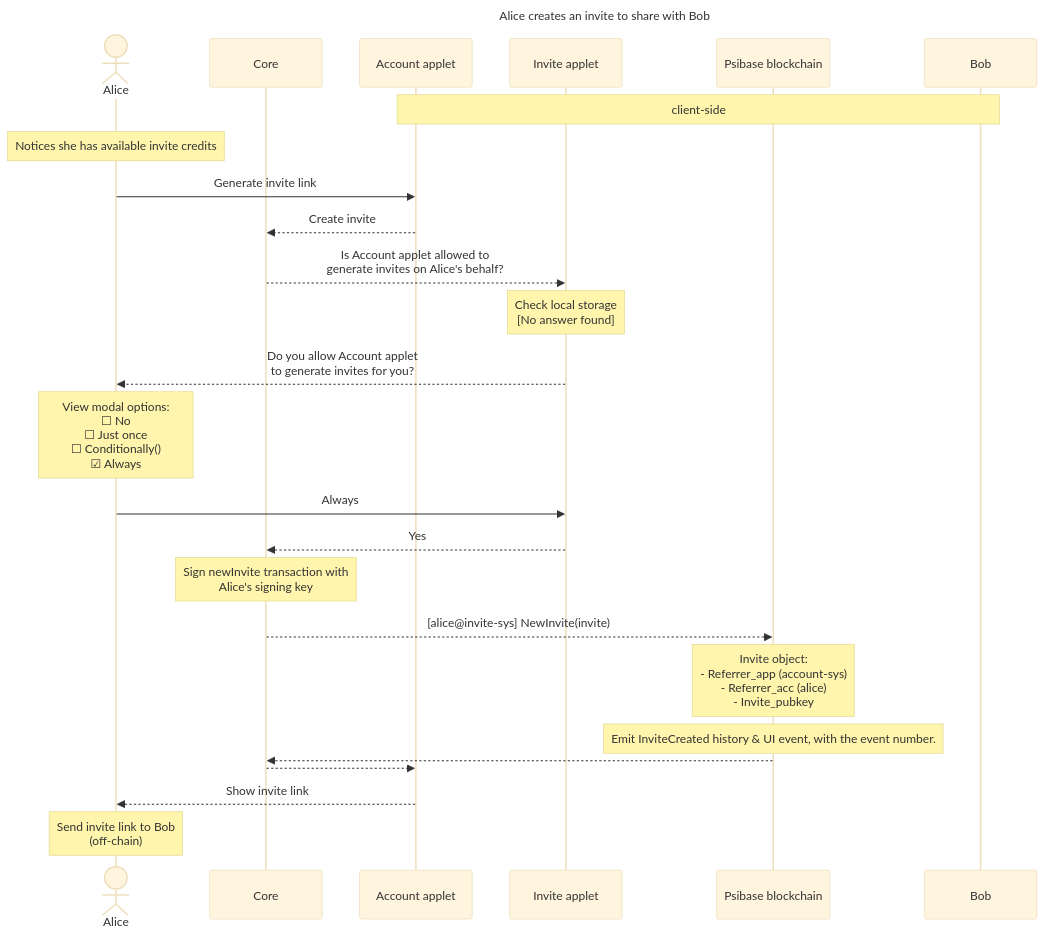
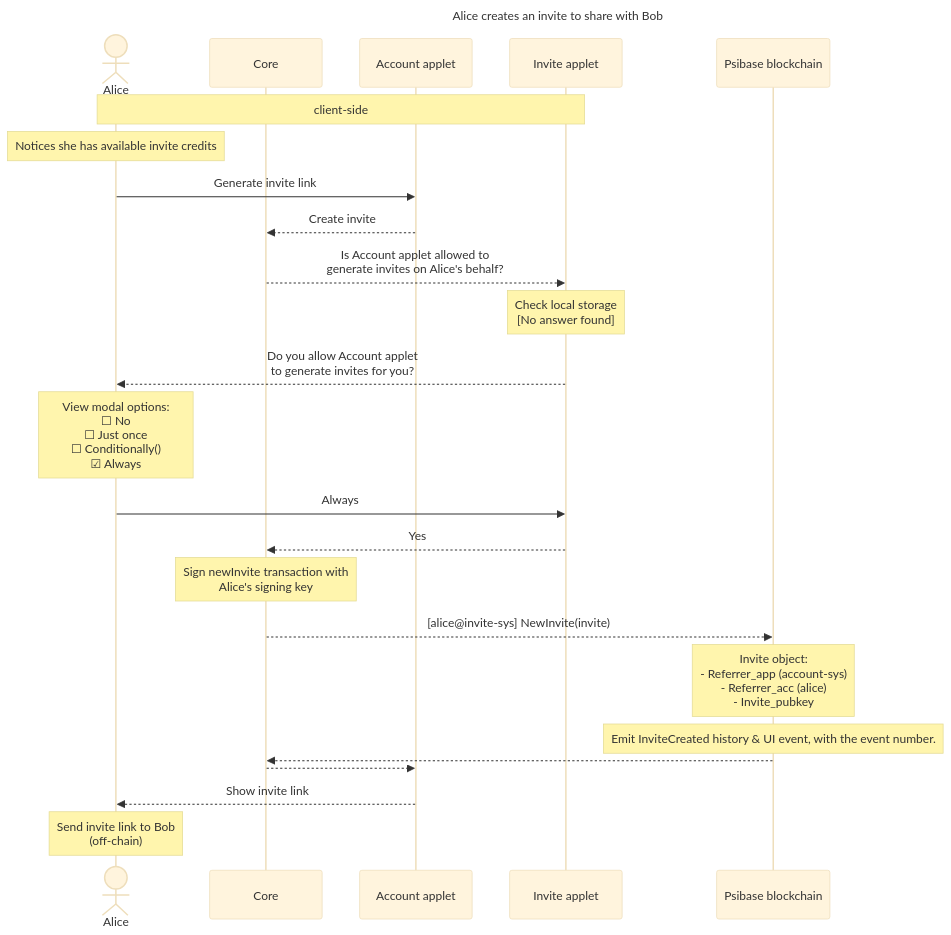
One commit to gofractally/psibase changed the first of 2 diagrams in doc/diagrams/invite-new-user.md. Above: the diagram before and after it, drawn with Mermaid (base theme). The commit also changed other lines of this file and 6 other files, not shown here.

Commit message:
update sequence diagrams

````diff
--- a/doc/diagrams/invite-new-user.md
+++ b/doc/diagrams/invite-new-user.md
@@ -1,31 +1,31 @@
 ```mermaid
 
 sequenceDiagram
 
    title Alice creates an invite to share with Bob
    actor Alice
    participant Core
    participant Account applet
    participant Invite applet
    participant Psibase blockchain
 
-   note over Bob, Account applet: client-side
+   note over Alice, Invite applet: client-side
 
    note over Alice: Notices she has available invite credits
    Alice->>Account applet: Generate invite link
    Account applet-->>Core: Create invite
    Core-->>Invite applet: Is Account applet allowed to <br>generate invites on Alice's behalf?
    Note over Invite applet: Check local storage<br>[No answer found]
    Invite applet-->>Alice: Do you allow Account applet<br> to generate invites for you?
    Note over Alice: View modal options: <br> #9744; No <br> #9744; Just once <br> #9744; Conditionally() <br> #9745; Always
    Alice->>Invite applet: Always
    Invite applet-->>Core: Yes
    Note over Core: Sign newInvite transaction with <br>Alice's signing key 
    Core-->>Psibase blockchain: [alice@invite-sys] NewInvite(invite)
    Note over Psibase blockchain: Invite object: <br>  - Referrer_app (account-sys)<br>  - Referrer_acc (alice)<br>  - Invite_pubkey
    Note over Psibase blockchain: Emit InviteCreated history & UI event, with the event number.
    Psibase blockchain-->>Core: 
    Core-->>Account applet: 
    Account applet-->>Alice: Show invite link
    Note over Alice: Send invite link to Bob<br>(off-chain)
 ```
````
